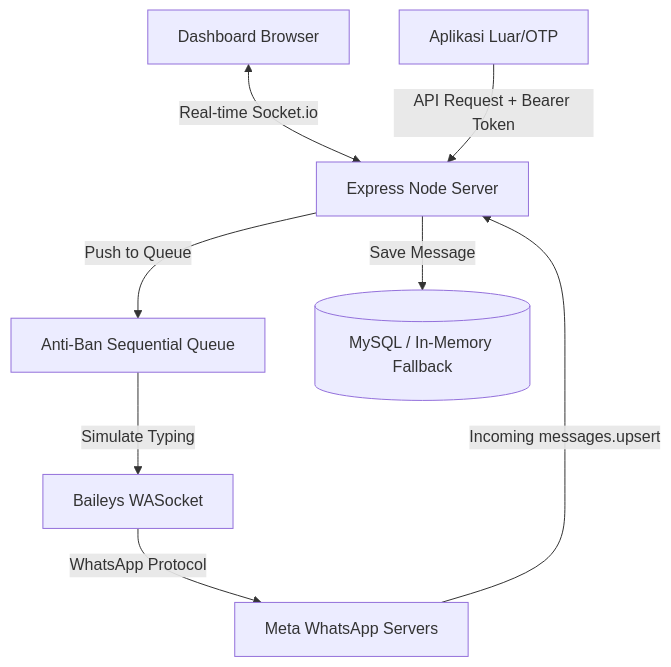
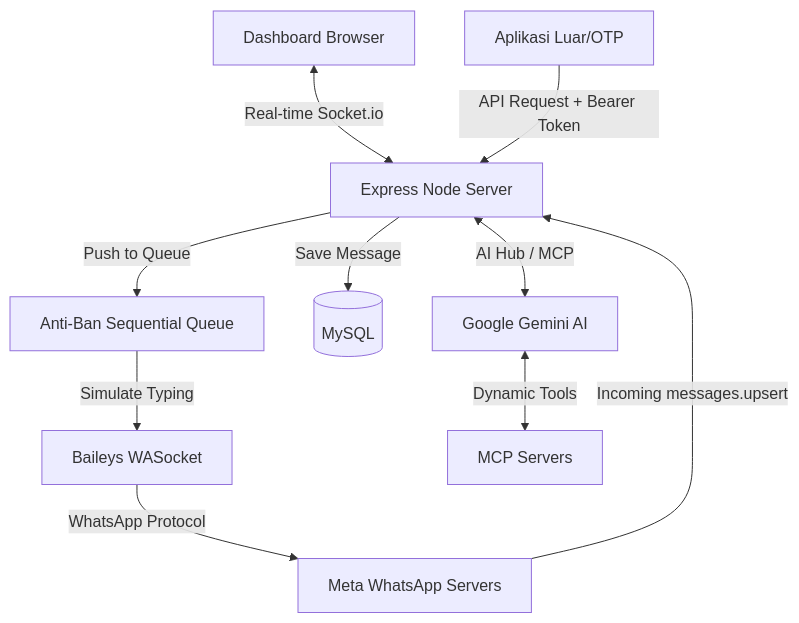
The diagram in PROJECT_CONTEXT.md (RandyFauzi/HANDCAP-WA-Gateway), drawn with Mermaid before and after one commit. The commit also changed other lines of this file and 2 other files, not shown here.

Commit message:
Fix MCP Tool UI and AI routing bugs

````diff
--- a/PROJECT_CONTEXT.md
+++ b/PROJECT_CONTEXT.md
@@ -50,10 +51,12 @@
 ```mermaid
 graph TD
     Dashboard[Dashboard Browser] <-->|Real-time Socket.io| Backend[Express Node Server]
     ClientApp[Aplikasi Luar/OTP] -->|API Request + Bearer Token| Backend
     Backend -->|Push to Queue| Queue[Anti-Ban Sequential Queue]
     Queue -->|Simulate Typing| WhatsAppSocket[Baileys WASocket]
     WhatsAppSocket -->|WhatsApp Protocol| WhatsAppServers[Meta WhatsApp Servers]
     WhatsAppServers -->|Incoming messages.upsert| Backend
-    Backend -->|Save Message| Database[(MySQL / In-Memory Fallback)]
+    Backend -->|Save Message| Database[(MySQL)]
+    Backend <-->|AI Hub / MCP| Gemini[Google Gemini AI]
+    Gemini <-->|Dynamic Tools| MCP[MCP Servers]
 ```
````
